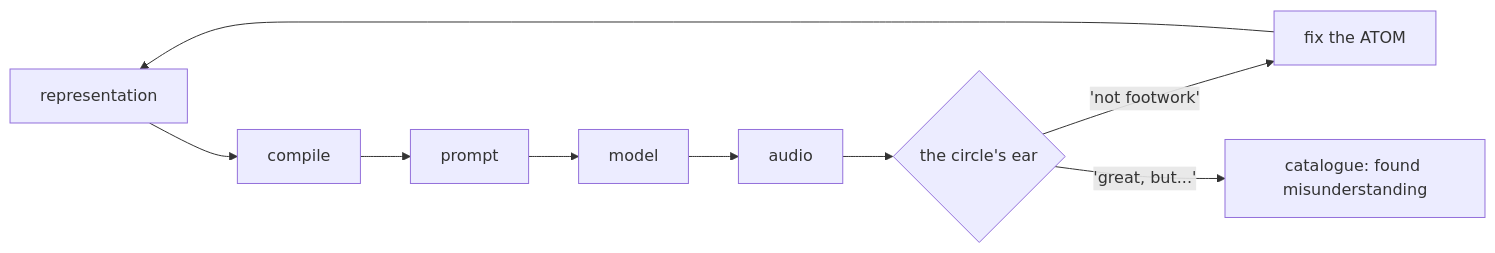
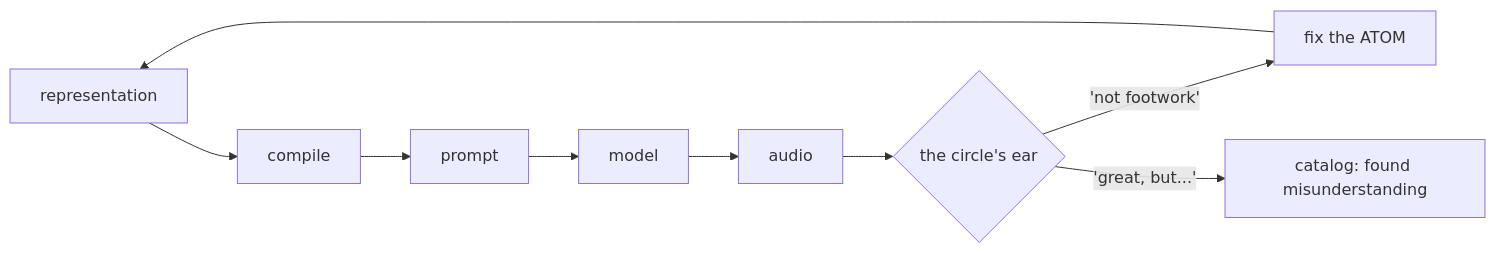
Before and after one commit to groove-engineering/malentendu: the fourth of 5 diagrams in docs-site/docs/explanation/examples.md, drawn with Mermaid. The commit also changed other lines of this file and 15 other files, not shown here.

Commit message:
refactor: rename catalogue -> catalog across the codebase (#27)

````diff
--- a/docs-site/docs/explanation/examples.md
+++ b/docs-site/docs/explanation/examples.md
@@ -49,8 +49,8 @@
 ```mermaid
 flowchart LR
   Rep["representation"] --> Cmp["compile"] --> Pr["prompt"] --> Mod["model"] --> Au["audio"]
   Au --> Ear{"the circle's ear"}
   Ear -- "'not footwork'" --> Fix["fix the ATOM"]
   Fix --> Rep
-  Ear -- "'great, but...'" --> Cat["catalogue: found misunderstanding"]
+  Ear -- "'great, but...'" --> Cat["catalog: found misunderstanding"]
 ```
````
